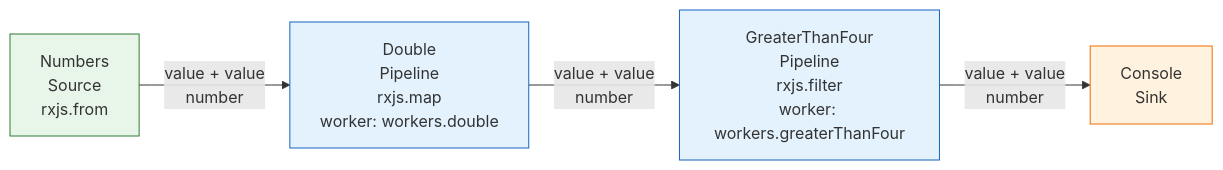
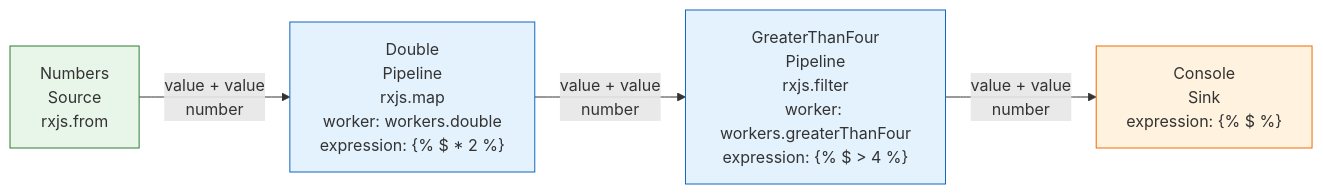
Before and after one commit to hansschenker/rxjs-rsl-gpt: the diagram in examples/double-and-filter/workflow.mmd, drawn with Mermaid. The commit also changed 13 other files, not shown here.

Commit message:
feat: visualize RSL execution timelines

```diff
--- a/examples/double-and-filter/workflow.mmd
+++ b/examples/double-and-filter/workflow.mmd
@@ -1,15 +1,15 @@
 flowchart LR
-  n0["Console<br/>Sink"]
-  n1["Double<br/>Pipeline<br/>rxjs.map<br/>worker: workers.double"]
-  n2["GreaterThanFour<br/>Pipeline<br/>rxjs.filter<br/>worker: workers.greaterThanFour"]
+  n0["Console<br/>Sink<br/>expression: {% $ %}"]
+  n1["Double<br/>Pipeline<br/>rxjs.map<br/>worker: workers.double<br/>expression: {% $ * 2 %}"]
+  n2["GreaterThanFour<br/>Pipeline<br/>rxjs.filter<br/>worker: workers.greaterThanFour<br/>expression: {% $ &gt; 4 %}"]
   n3["Numbers<br/>Source<br/>rxjs.from"]
   n1 -->|"value + value<br/>number"| n2
   n2 -->|"value + value<br/>number"| n0
   n3 -->|"value + value<br/>number"| n1
   class n0 sink
   class n1 pipeline
   class n2 pipeline
   class n3 source
   classDef source fill:#e8f5e9,stroke:#2e7d32
   classDef pipeline fill:#e3f2fd,stroke:#1565c0
   classDef sink fill:#fff3e0,stroke:#ef6c00
```
